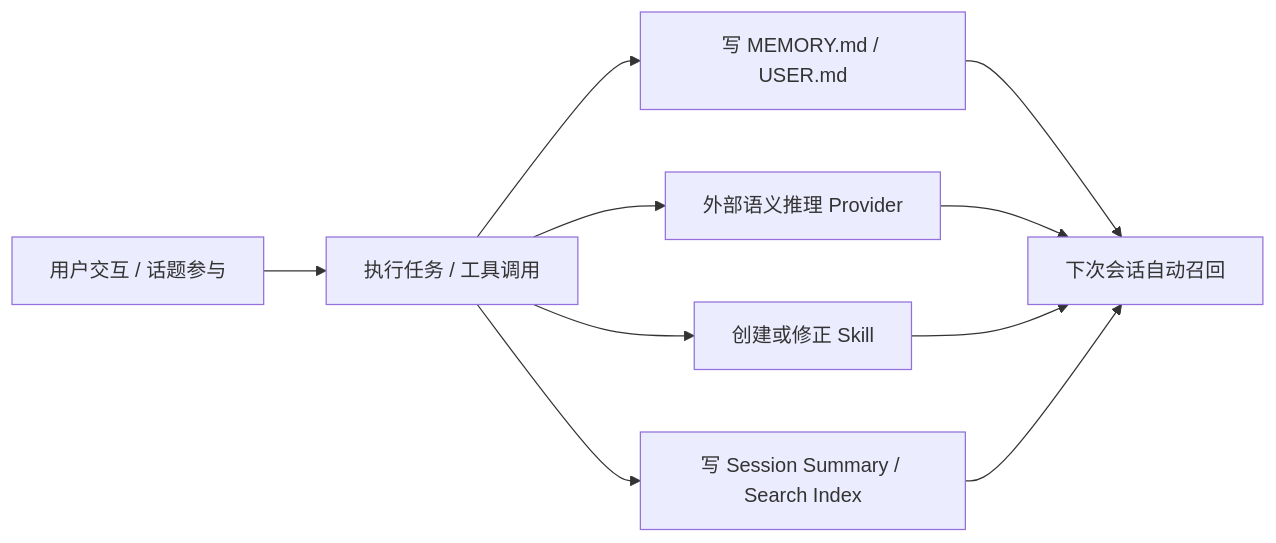
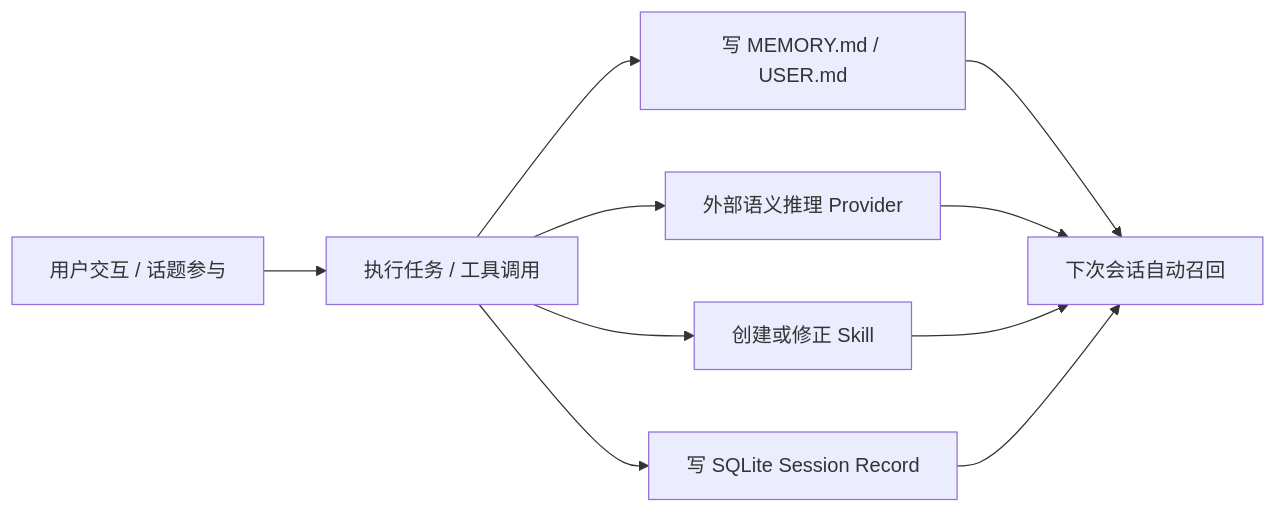
The fourth of 7 diagrams in docs/mvp_design.md (idavoll-ai/idavoll-core), drawn with Mermaid before and after one commit. The commit also changed other lines of this file and 57 other files, not shown here.

````diff
--- a/docs/mvp_design.md
+++ b/docs/mvp_design.md
@@ -519,15 +519,15 @@
 ```mermaid
 flowchart LR
     A[用户交互 / 话题参与]
     B[执行任务 / 工具调用]
     C[写 MEMORY.md / USER.md]
     D[外部语义推理 Provider]
     E[创建或修正 Skill]
-    F[写 Session Summary / Search Index]
+    F[写 SQLite Session Record]
     G[下次会话自动召回]
 
     A --> B --> C --> G
     B --> D --> G
     B --> E --> G
     B --> F --> G
 ```
````
